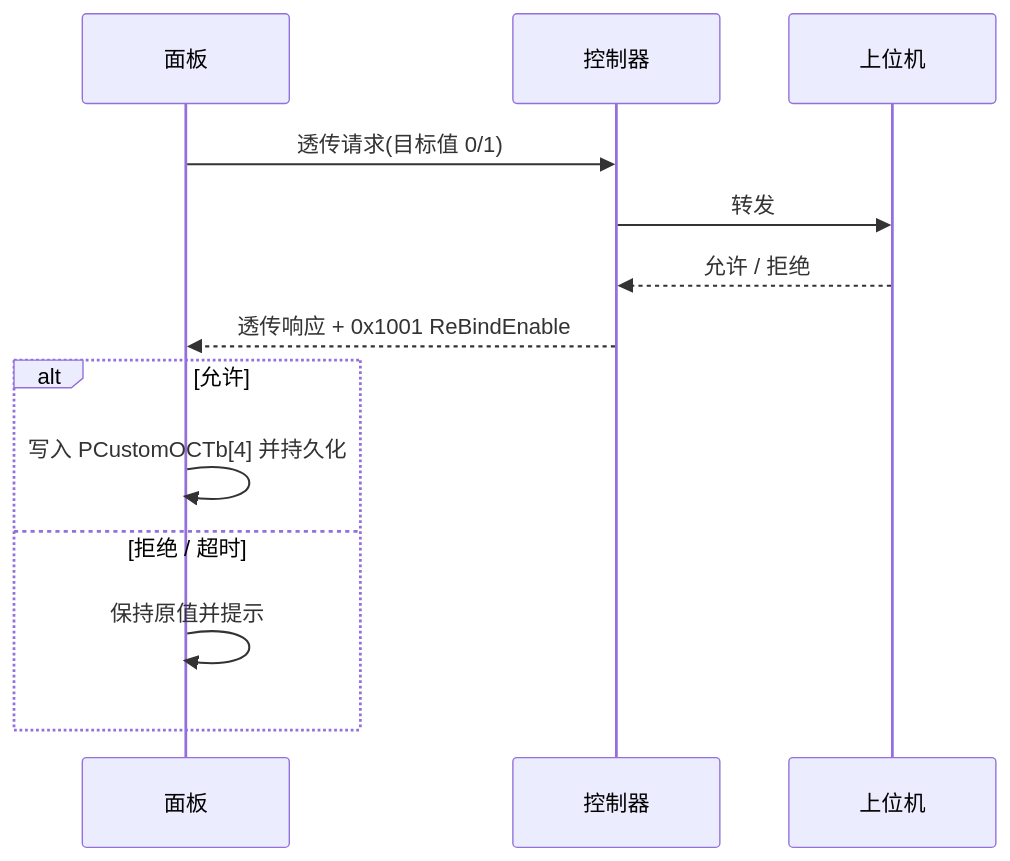
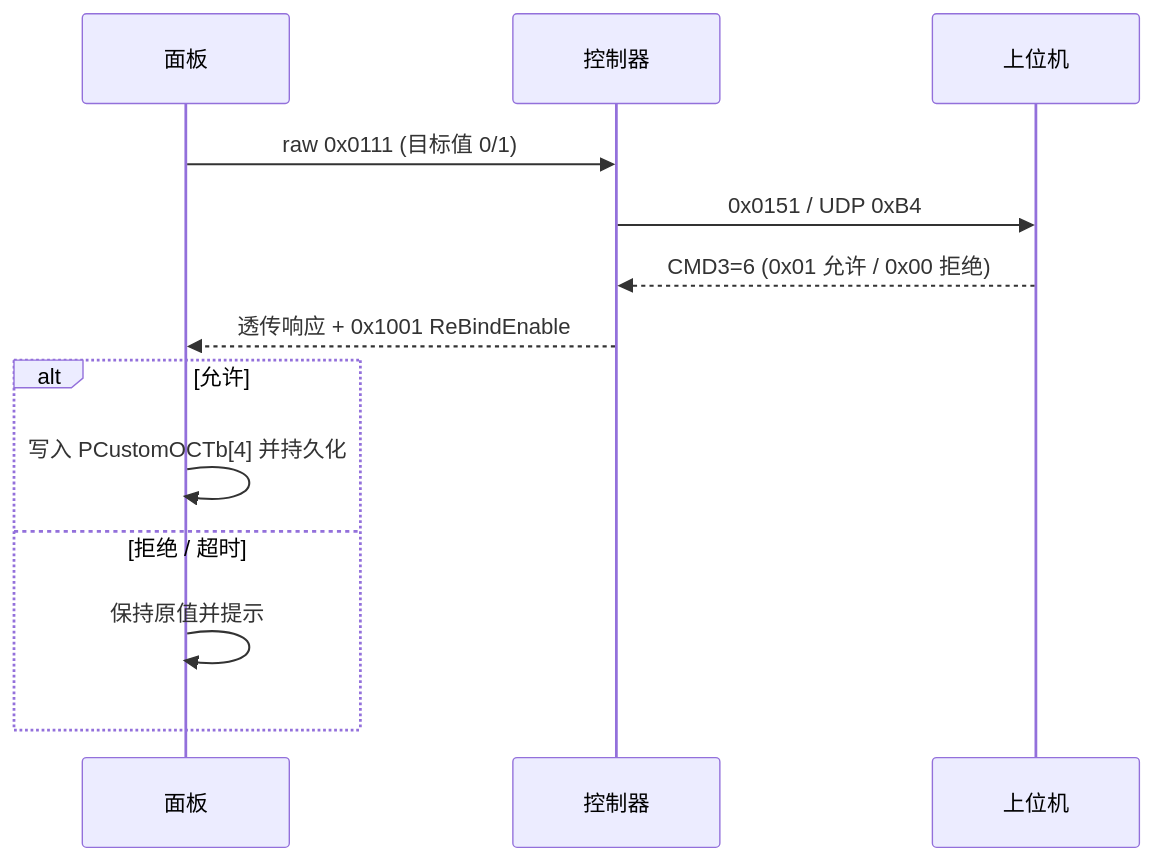
One commit to Siaiai/ObsidianNote changed the second of 2 diagrams in 工作/吊挂操作面板/261030吊挂操作面板维护.md. Above: the diagram before and after it, drawn with Mermaid. The commit also changed other lines of this file and 1 other file, not shown here.

````diff
--- a/工作/吊挂操作面板/261030吊挂操作面板维护.md
+++ b/工作/吊挂操作面板/261030吊挂操作面板维护.md
@@ -146,15 +146,15 @@
 ```mermaid
 sequenceDiagram
     participant P as 面板
     participant C as 控制器
     participant PC as 上位机
-    P->>C: 透传请求(目标值 0/1)
-    C->>PC: 转发
-    PC-->>C: 允许 / 拒绝
+    P->>C: raw 0x0111 (目标值 0/1)
+    C->>PC: 0x0151 / UDP 0xB4
+    PC-->>C: CMD3=6 (0x01 允许 / 0x00 拒绝)
     C-->>P: 透传响应 + 0x1001 ReBindEnable
     alt 允许
         P->>P: 写入 PCustomOCTb[4] 并持久化
     else 拒绝 / 超时
         P->>P: 保持原值并提示
     end
 ```
````
